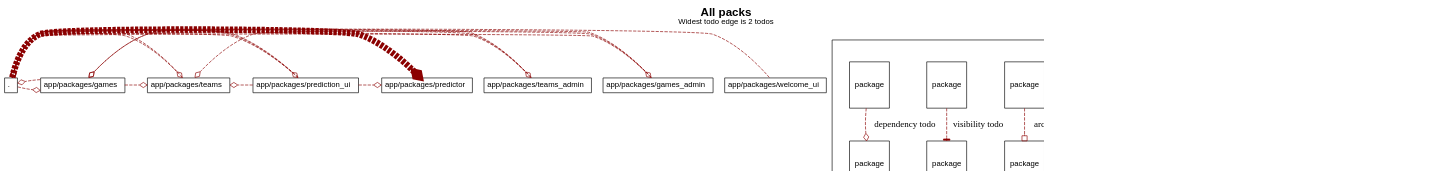
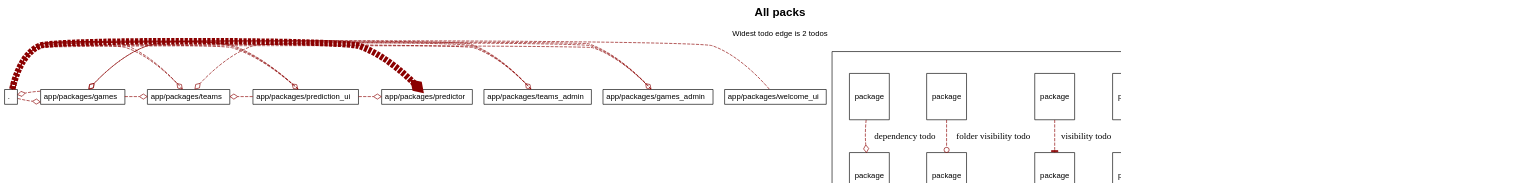
Before and after one commit to shageman/package-based-rails-applications-book: the diagram in c2s02/sportsball/diagrams/all_packs.dot, drawn with Graphviz. The commit also changed 192 other files, not shown here.

```diff
--- a/c2s02/sportsball/diagrams/all_packs.dot
+++ b/c2s02/sportsball/diagrams/all_packs.dot
@@ -5,7 +5,7 @@
     fontname="Helvetica,Arial,sans-serif"
     dpi=100
     layout=dot
-    label=<<b>All packs</b><br/><font point-size='12'>Widest todo edge is 2 todos</font>>
+    label=<<b>All packs</b><br/><br/><font point-size='12'>Widest todo edge is 2 todos</font>>
     fontsize=18
   ]
   node [
@@ -193,12 +193,12 @@
       A [ fontsize=12 shape=box label="package"]
       B [ fontsize=12 shape=box label="package"]
       A -> B [label="accepted dependency" color=darkgreen]
-      K [ fontsize=12 shape=box label="package"]
-      L [ fontsize=12 shape=box label="package"]
-      K -> L [label="nested package" color=purple]
       M [ fontsize=12 shape=box label="package"]
       N [ fontsize=12 shape=box label="package"]
-      M -> N [label="visibile to" color=blue]
+      M -> N [label="nested package" color=purple]
+      O [ fontsize=12 shape=box label="package"]
+      P [ fontsize=12 shape=box label="package"]
+      O -> P [label="visibile to" color=blue]
       C [ fontsize=12 shape=box label="package"]
       D [ fontsize=12 shape=box label="package"]
       C -> D [label="privacy todo" color=darkred style=dashed arrowhead=crow]
@@ -210,7 +210,10 @@
       G -> H [label="visibility todo" color=darkred style=dashed arrowhead=tee]
       I [ fontsize=12 shape=box label="package"]
       J [ fontsize=12 shape=box label="package"]
-      I -> J [label="dependency todo" color=darkred style=dashed arrowhead=odiamond]
+      I -> J [label="folder visibility todo" color=darkred style=dashed arrowhead=odot]
+      K [ fontsize=12 shape=box label="package"]
+      L [ fontsize=12 shape=box label="package"]
+      K -> L [label="dependency todo" color=darkred style=dashed arrowhead=odiamond]
       LEGEND_NODE_1 [ label="" peripheries=0 height=0 width=0 style=invis ]
       LEGEND_NODE_2 [ label="" peripheries=0 height=0 width=0 style=invis ]
       LEGEND_NODE_1 -> LEGEND_NODE_2 [ style=invis ]
```
